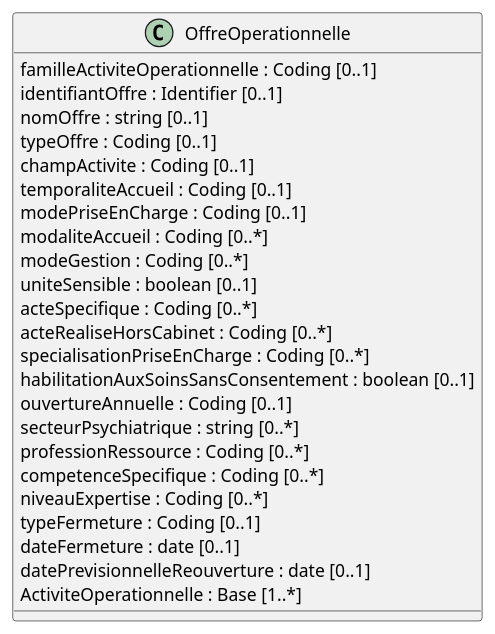
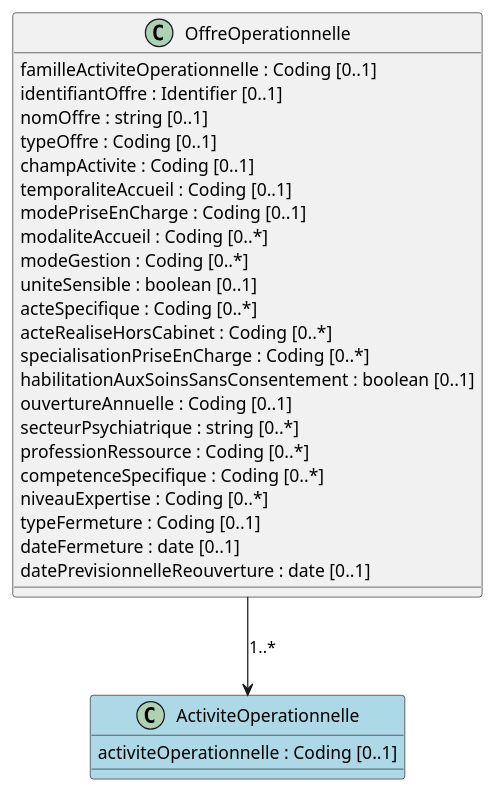
The diagram in input/images-source/Offre opérationnelle.plantuml (ansforge/IG-modele-objets-sante), drawn with PlantUML before and after one commit. The commit also changed 6 other files, not shown here.

Commit message:
Ajout backbones diagrammes

```diff
--- a/input/images-source/Offre opérationnelle.plantuml
+++ b/input/images-source/Offre opérationnelle.plantuml
@@ -1,30 +1,34 @@
 @startuml
 
 Class OffreOperationnelle {
   familleActiviteOperationnelle : Coding [0..1]
   identifiantOffre : Identifier [0..1]
   nomOffre : string [0..1]
   typeOffre : Coding [0..1]
   champActivite : Coding [0..1]
   temporaliteAccueil : Coding [0..1]
   modePriseEnCharge : Coding [0..1]
   modaliteAccueil : Coding [0..*]
   modeGestion : Coding [0..*]
   uniteSensible : boolean [0..1]
   acteSpecifique : Coding [0..*]
   acteRealiseHorsCabinet : Coding [0..*]
   specialisationPriseEnCharge : Coding [0..*]
   habilitationAuxSoinsSansConsentement : boolean [0..1]
   ouvertureAnnuelle : Coding [0..1]
   secteurPsychiatrique : string [0..*]
   professionRessource : Coding [0..*]
   competenceSpecifique : Coding [0..*]
   niveauExpertise : Coding [0..*]
   typeFermeture : Coding [0..1]
   dateFermeture : date [0..1]
   datePrevisionnelleReouverture : date [0..1]
-  ActiviteOperationnelle : Base [1..*]
 }
 
+Class ActiviteOperationnelle #LightBlue {
+  activiteOperationnelle : Coding [0..1]
+}
+
+OffreOperationnelle --> ActiviteOperationnelle : 1..*
 
 @enduml
```
